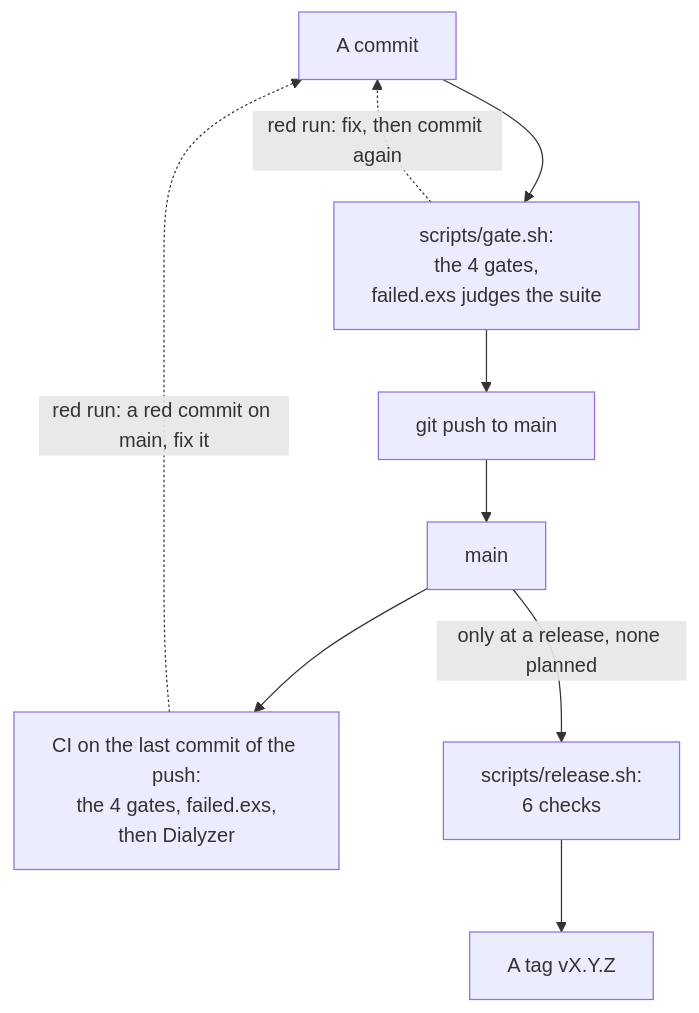
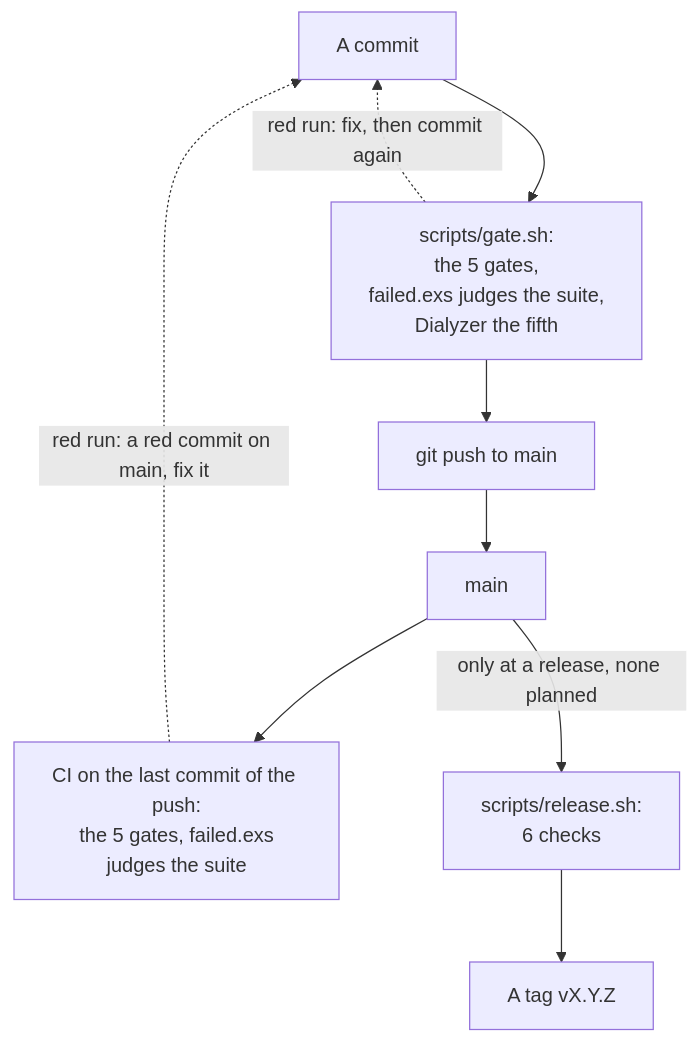
Before and after one commit to rellen/logex: the diagram in docs/adr/0021-pinned-toolchain-and-gates.md, drawn with Mermaid. The commit also changed other lines of this file and 8 other files, not shown here.

First line of the commit message:
DOC-1 step 2 close: the gate's 5 steps, Dialyzer the fifth, as main has it

````diff
--- a/docs/adr/0021-pinned-toolchain-and-gates.md
+++ b/docs/adr/0021-pinned-toolchain-and-gates.md
@@ -102,14 +102,14 @@
 ```mermaid
 flowchart TD
   c["A commit"]
-  g["scripts/gate.sh:<br>the 4 gates,<br>failed.exs judges the suite"]
+  g["scripts/gate.sh:<br>the 5 gates,<br>failed.exs judges the suite,<br>Dialyzer the fifth"]
   p["git push to main"]
   m["main"]
-  ci["CI on the last commit of the push:<br>the 4 gates, failed.exs,<br>then Dialyzer"]
+  ci["CI on the last commit of the push:<br>the 5 gates, failed.exs<br>judges the suite"]
   r["scripts/release.sh:<br>6 checks"]
   t["A tag vX.Y.Z"]
   c --> g --> p --> m --> ci
   g -. "red run: fix, then commit again" .-> c
   ci -. "red run: a red commit on main, fix it" .-> c
   m -- "only at a release, none planned" --> r --> t
 ```
````
